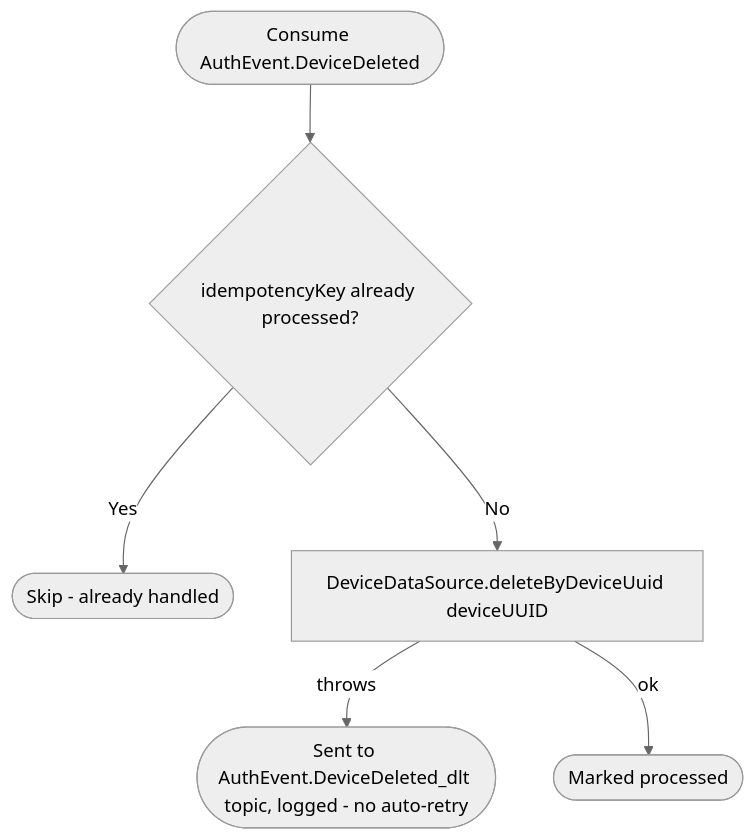
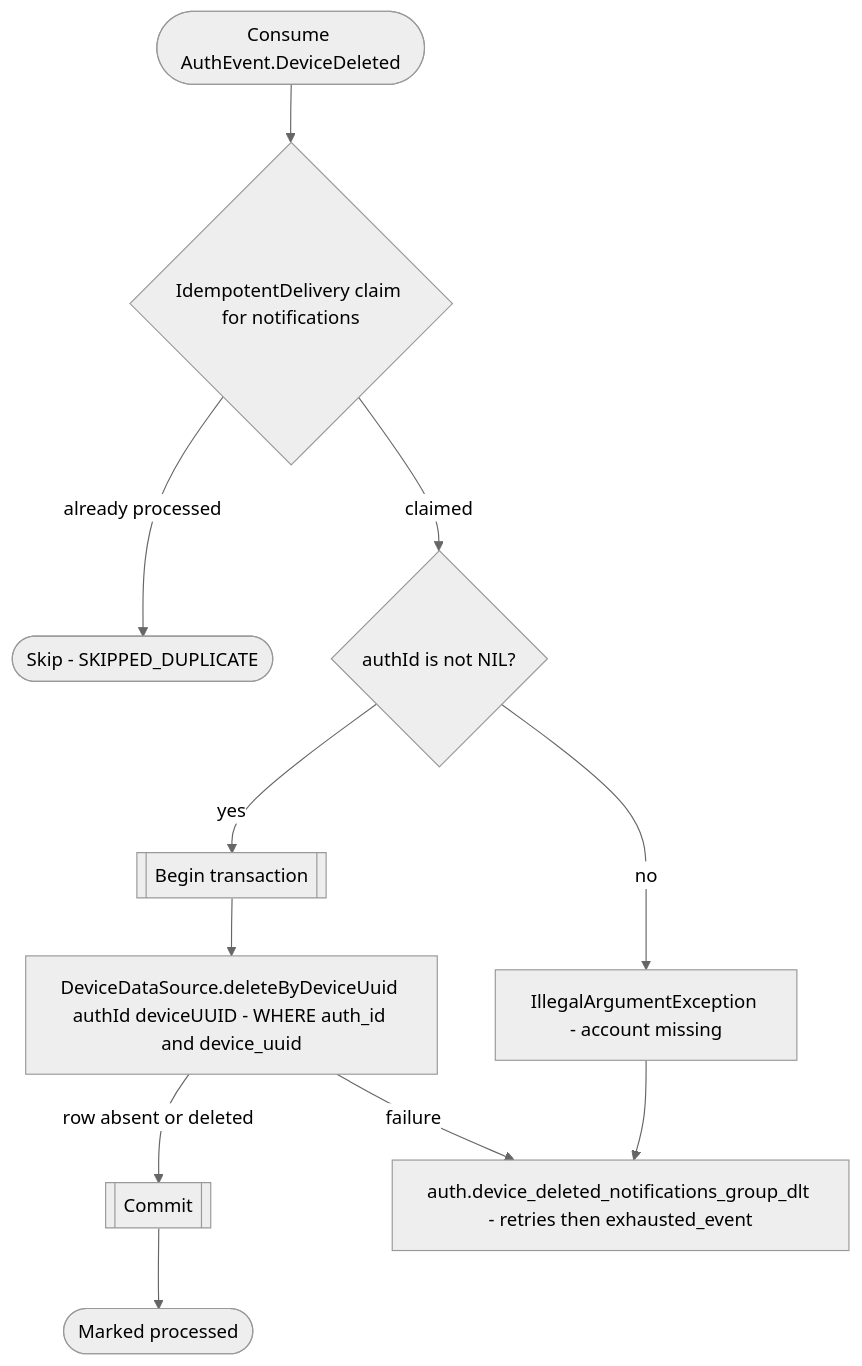
One commit to nocturneproperties/bookkme changed the diagram in docs/operations/notifications/on-device-deleted.md. Above: the diagram before and after it, drawn with Mermaid (neutral theme). The commit also changed other lines of this file and 51 other files, not shown here.

````diff
--- a/docs/operations/notifications/on-device-deleted.md
+++ b/docs/operations/notifications/on-device-deleted.md
@@ -9,8 +7,13 @@
 ```mermaid
 flowchart TD
-    Start([Consume AuthEvent.DeviceDeleted]) --> Dedup{idempotencyKey already processed?}
-    Dedup -- Yes --> Skip([Skip - already handled])
-    Dedup -- No --> Delete[DeviceDataSource.deleteByDeviceUuid deviceUUID]
-    Delete -- throws --> Dlt([Sent to AuthEvent.DeviceDeleted_dlt topic, logged - no auto-retry])
-    Delete -- ok --> Ack([Marked processed])
+    Start([Consume AuthEvent.DeviceDeleted]) --> Claim{IdempotentDelivery claim for notifications}
+    Claim -- already processed --> Skip([Skip - SKIPPED_DUPLICATE])
+    Claim -- claimed --> Scope{authId is not NIL?}
+    Scope -- no --> Missing[IllegalArgumentException - account missing]
+    Scope -- yes --> Tx[[Begin transaction]]
+    Tx --> Delete["DeviceDataSource.deleteByDeviceUuid authId deviceUUID - WHERE auth_id and device_uuid"]
+    Delete -- row absent or deleted --> Commit[[Commit]]
+    Commit --> Ack([Marked processed])
+    Missing --> Retry["auth.device_deleted_notifications_group_dlt - retries then exhausted_event"]
+    Delete -- failure --> Retry
 ```
````
